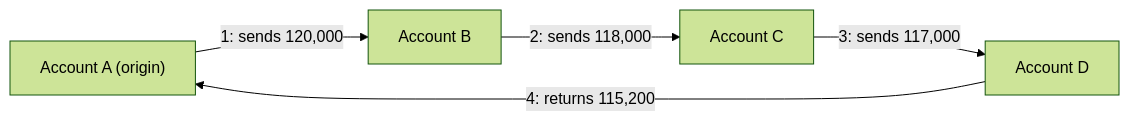
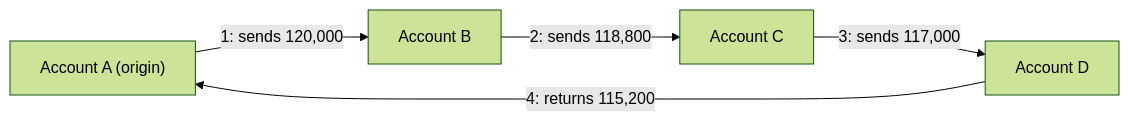
The diagram in docs/typologies/circular-flow.md (Robotat-Technologies/neon-radar), drawn with Mermaid (forest theme) before and after one commit. The commit also changed other lines of this file and 8 other files, not shown here.

````diff
--- a/docs/typologies/circular-flow.md
+++ b/docs/typologies/circular-flow.md
@@ -25,7 +25,7 @@
 ```mermaid
 flowchart LR
   A["Account A (origin)"] -- "1: sends 120,000" --> B["Account B"]
-  B -- "2: sends 118,000" --> C["Account C"]
+  B -- "2: sends 118,800" --> C["Account C"]
   C -- "3: sends 117,000" --> D["Account D"]
   D -- "4: returns 115,200" --> A
 ```
````
